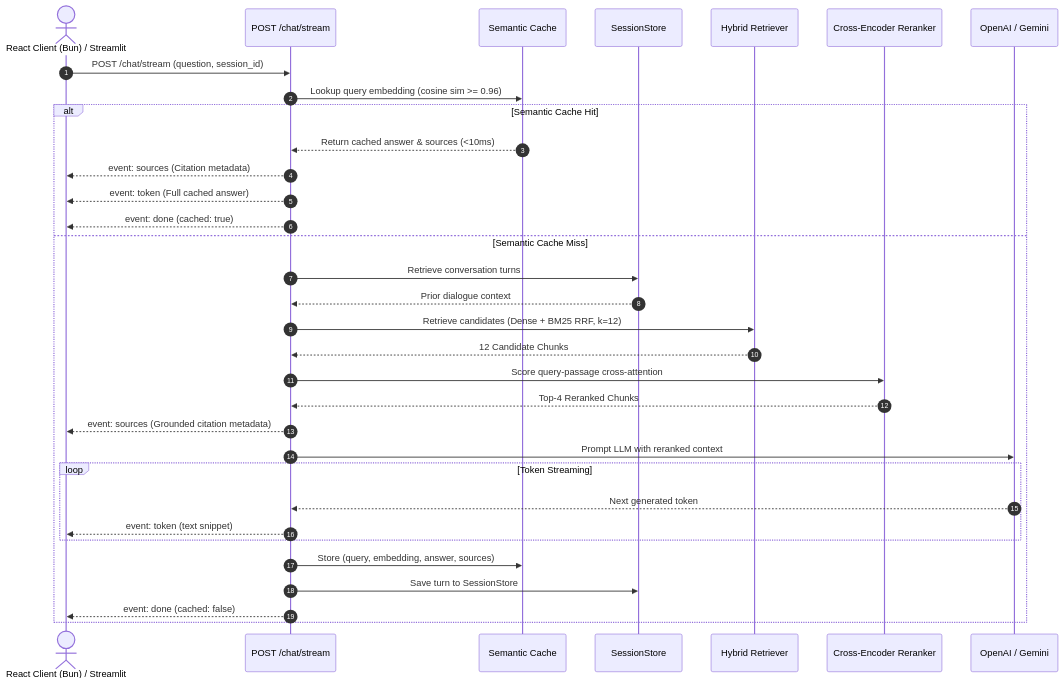
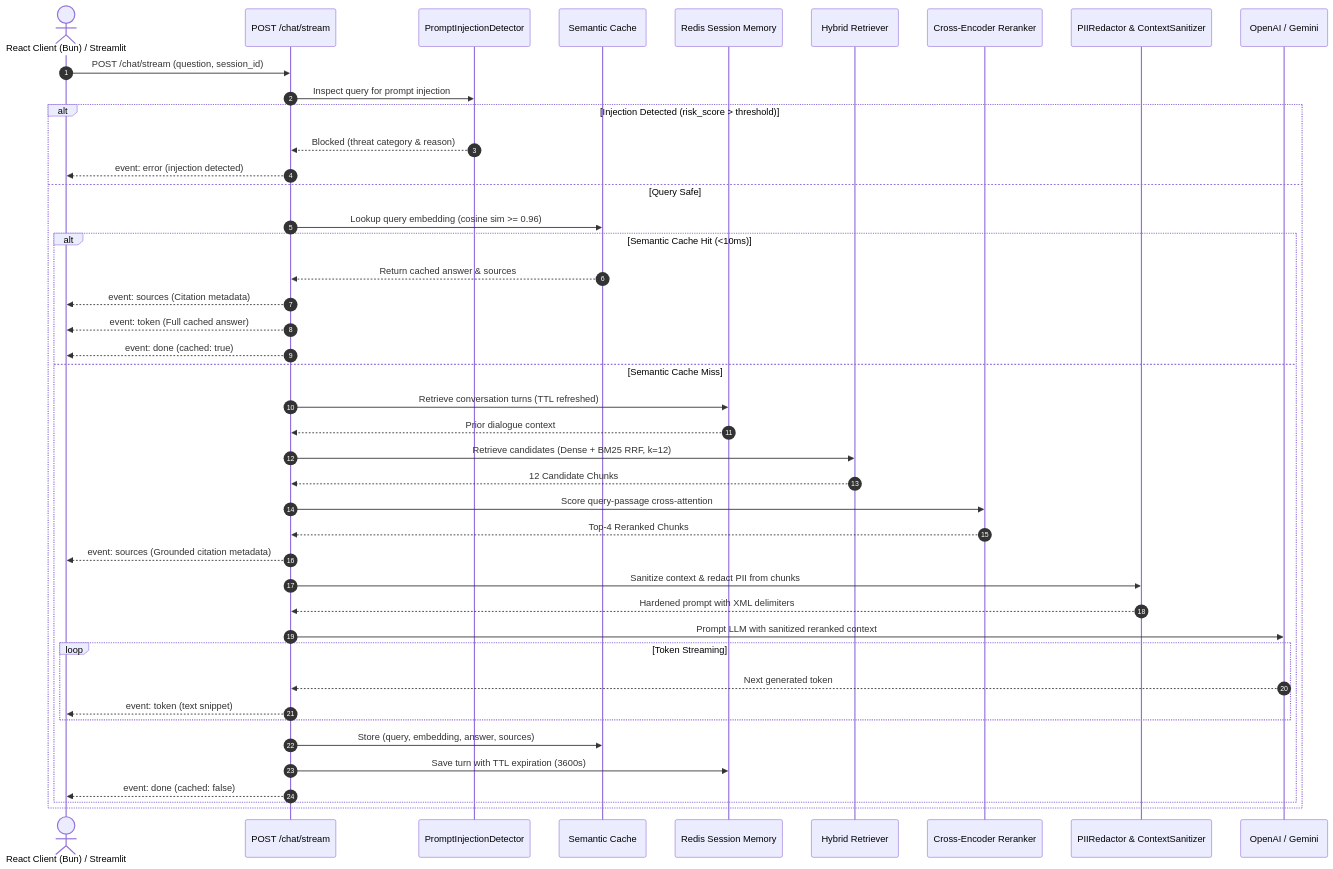
The diagram in docs/chat_stream_sequence.mmd (faizan-7890/SecureRAG), drawn with Mermaid before and after one commit.

Commit message:
docs(diagrams): add prompt injection guard and PII sanitizer to chat sequence diagram

```diff
--- a/docs/chat_stream_sequence.mmd
+++ b/docs/chat_stream_sequence.mmd
@@ -1,34 +1,44 @@
 sequenceDiagram
     autonumber
     actor Client as React Client (Bun) / Streamlit
     participant ChatAPI as POST /chat/stream
+    participant Guard as PromptInjectionDetector
     participant Cache as Semantic Cache
-    participant Memory as SessionStore
+    participant Redis as Redis Session Memory
     participant Retriever as Hybrid Retriever
     participant Reranker as Cross-Encoder Reranker
+    participant PII as PIIRedactor & ContextSanitizer
     participant LLM as OpenAI / Gemini
 
     Client->>ChatAPI: POST /chat/stream (question, session_id)
-    ChatAPI->>Cache: Lookup query embedding (cosine sim >= 0.96)
-    alt Semantic Cache Hit
-        Cache-->>ChatAPI: Return cached answer & sources (<10ms)
-        ChatAPI-->>Client: event: sources (Citation metadata)
-        ChatAPI-->>Client: event: token (Full cached answer)
-        ChatAPI-->>Client: event: done (cached: true)
-    else Semantic Cache Miss
-        ChatAPI->>Memory: Retrieve conversation turns
-        Memory-->>ChatAPI: Prior dialogue context
-        ChatAPI->>Retriever: Retrieve candidates (Dense + BM25 RRF, k=12)
-        Retriever-->>ChatAPI: 12 Candidate Chunks
-        ChatAPI->>Reranker: Score query-passage cross-attention
-        Reranker-->>ChatAPI: Top-4 Reranked Chunks
-        ChatAPI-->>Client: event: sources (Grounded citation metadata)
-        ChatAPI->>LLM: Prompt LLM with reranked context
-        loop Token Streaming
-            LLM-->>ChatAPI: Next generated token
-            ChatAPI-->>Client: event: token (text snippet)
+    ChatAPI->>Guard: Inspect query for prompt injection
+    alt Injection Detected (risk_score > threshold)
+        Guard-->>ChatAPI: Blocked (threat category & reason)
+        ChatAPI-->>Client: event: error (injection detected)
+    else Query Safe
+        ChatAPI->>Cache: Lookup query embedding (cosine sim >= 0.96)
+        alt Semantic Cache Hit (<10ms)
+            Cache-->>ChatAPI: Return cached answer & sources
+            ChatAPI-->>Client: event: sources (Citation metadata)
+            ChatAPI-->>Client: event: token (Full cached answer)
+            ChatAPI-->>Client: event: done (cached: true)
+        else Semantic Cache Miss
+            ChatAPI->>Redis: Retrieve conversation turns (TTL refreshed)
+            Redis-->>ChatAPI: Prior dialogue context
+            ChatAPI->>Retriever: Retrieve candidates (Dense + BM25 RRF, k=12)
+            Retriever-->>ChatAPI: 12 Candidate Chunks
+            ChatAPI->>Reranker: Score query-passage cross-attention
+            Reranker-->>ChatAPI: Top-4 Reranked Chunks
+            ChatAPI-->>Client: event: sources (Grounded citation metadata)
+            ChatAPI->>PII: Sanitize context & redact PII from chunks
+            PII-->>ChatAPI: Hardened prompt with XML delimiters
+            ChatAPI->>LLM: Prompt LLM with sanitized reranked context
+            loop Token Streaming
+                LLM-->>ChatAPI: Next generated token
+                ChatAPI-->>Client: event: token (text snippet)
+            end
+            ChatAPI->>Cache: Store (query, embedding, answer, sources)
+            ChatAPI->>Redis: Save turn with TTL expiration (3600s)
+            ChatAPI-->>Client: event: done (cached: false)
         end
-        ChatAPI->>Cache: Store (query, embedding, answer, sources)
-        ChatAPI->>Memory: Save turn to SessionStore
-        ChatAPI-->>Client: event: done (cached: false)
     end
```
